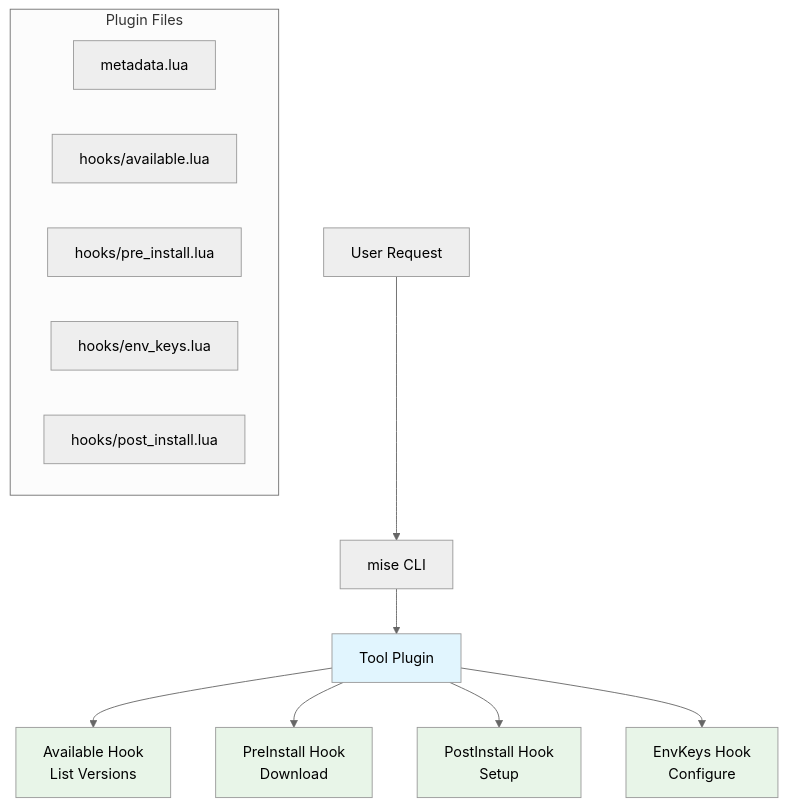
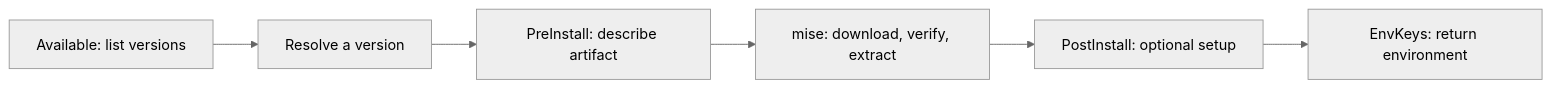
One commit to jdx/mise changed the diagram in docs/tool-plugin-development.md. Above: the diagram before and after it, drawn with Mermaid (neutral theme). The commit also changed other lines of this file and 6 other files, not shown here.

````diff
--- a/docs/tool-plugin-development.md
+++ b/docs/tool-plugin-development.md
@@ -23,24 +24,8 @@
 ```mermaid
-graph TD
-    A[User Request] --> B[mise CLI]
-    B --> C[Tool Plugin]
-
-    C --> D[Available Hook<br/>List Versions]
-    C --> E[PreInstall Hook<br/>Download]
-    C --> F[PostInstall Hook<br/>Setup]
-    C --> G[EnvKeys Hook<br/>Configure]
-
-    subgraph "Plugin Files"
-        H[metadata.lua]
-        I[hooks/available.lua]
-        J[hooks/pre_install.lua]
-        K[hooks/env_keys.lua]
-        L[hooks/post_install.lua]
-    end
-
-    style C fill:#e1f5fe
-    style D fill:#e8f5e8
-    style E fill:#e8f5e8
-    style F fill:#e8f5e8
-    style G fill:#e8f5e8
+flowchart LR
+    A[Available: list versions] --> B[Resolve a version]
+    B --> C[PreInstall: describe artifact]
+    C --> D[mise: download, verify, extract]
+    D --> E[PostInstall: optional setup]
+    E --> F[EnvKeys: return environment]
 ```
````
